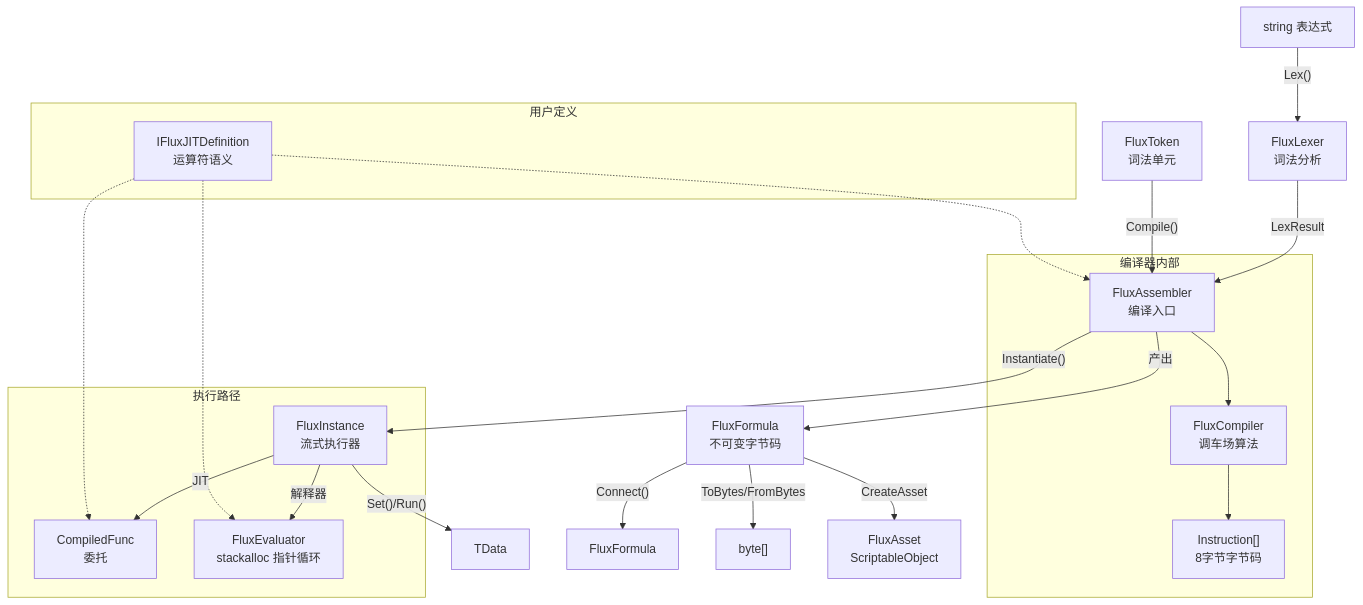
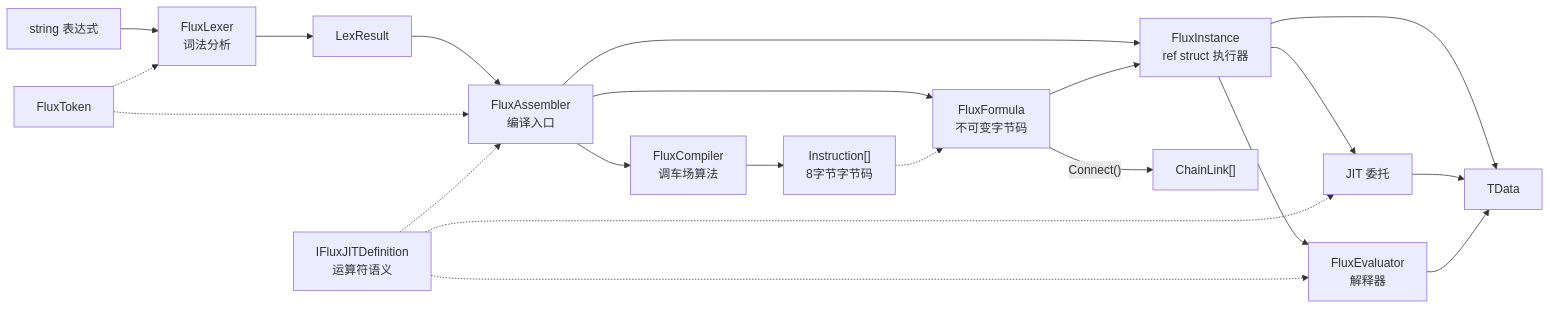
Before and after one commit to twds0x13/FluxFormula: the first of 2 diagrams in docs/api/overview.md, drawn with Mermaid. The commit also changed other lines of this file and 17 other files, not shown here.

First line of the commit message:
refactor: rename IFluxBinaryBuilder → IFluxFileFormatter, add Load method + FileFluxFileFormatter, split overview diagram

````diff
--- a/docs/api/overview.md
+++ b/docs/api/overview.md
@@ -5,28 +5,27 @@
 ```mermaid
-graph TD
-    Source["string 表达式"] -->|"Lex()"| Lexer["FluxLexer<br/>词法分析"]
-    Lexer -->|"LexResult"| Assembler["FluxAssembler<br/>编译入口"]
-    Token["FluxToken<br/>词法单元"] -->|"Compile()"| Assembler
-    Assembler -->|"产出"| Formula["FluxFormula<br/>不可变字节码"]
-    Assembler -->|"Instantiate()"| Instance["FluxInstance<br/>流式执行器"]
-    Instance -->|"Set()/Run()"| Result["TData"]
-    Formula -->|"Connect()"| Formula2["FluxFormula"]
-    Formula -->|"ToBytes/FromBytes"| Bytes["byte[]"]
-    Formula -->|"CreateAsset"| Asset["FluxAsset<br/>ScriptableObject"]
+graph LR
+    Source["string 表达式"] --> Lexer["FluxLexer<br/>词法分析"]
+    Token["FluxToken"] -.-> Lexer
+    Lexer --> LR["LexResult"]
+    LR --> Assembler["FluxAssembler<br/>编译入口"]
+    Token -.-> Assembler
+    Assembler --> Formula["FluxFormula<br/>不可变字节码"]
+    Assembler --> Instance["FluxInstance<br/>ref struct 执行器"]
+    Formula --> Instance
+    Instance --> Result["TData"]
 
-    subgraph 执行路径
-        Instance -->|"JIT"| JITDelegate["CompiledFunc<br/>委托"]
-        Instance -->|"解释器"| Evaluator["FluxEvaluator<br/>stackalloc 指针循环"]
-    end
+    Assembler --> Compiler["FluxCompiler<br/>调车场算法"]
+    Compiler --> Instr["Instruction[]<br/>8字节字节码"]
+    Instr -.-> Formula
 
-    subgraph 编译器内部
-        Assembler --> Compiler["FluxCompiler<br/>调车场算法"]
-        Compiler --> Instruction["Instruction[]<br/>8字节字节码"]
-    end
+    Instance --> JIT["JIT 委托"]
+    Instance --> Interp["FluxEvaluator<br/>解释器"]
+    JIT --> Result
+    Interp --> Result
 
-    subgraph 用户定义
-        Def["IFluxJITDefinition<br/>运算符语义"] -.-> Assembler
-        Def -.-> Evaluator
-        Def -.-> JITDelegate
-    end
+    Def["IFluxJITDefinition<br/>运算符语义"] -.-> Assembler
+    Def -.-> Interp
+    Def -.-> JIT
+
+    Formula -->|"Connect()"| Chain["ChainLink[]"]
 ```
````
